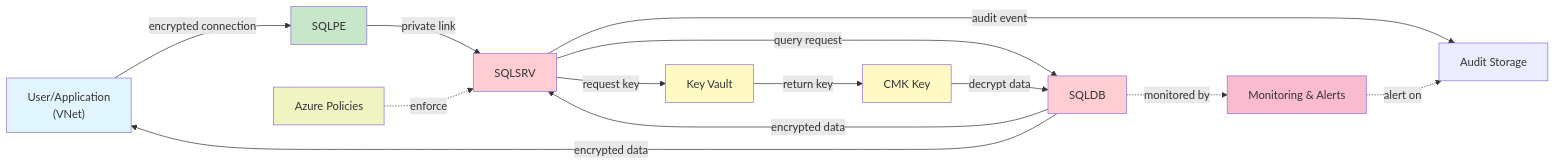
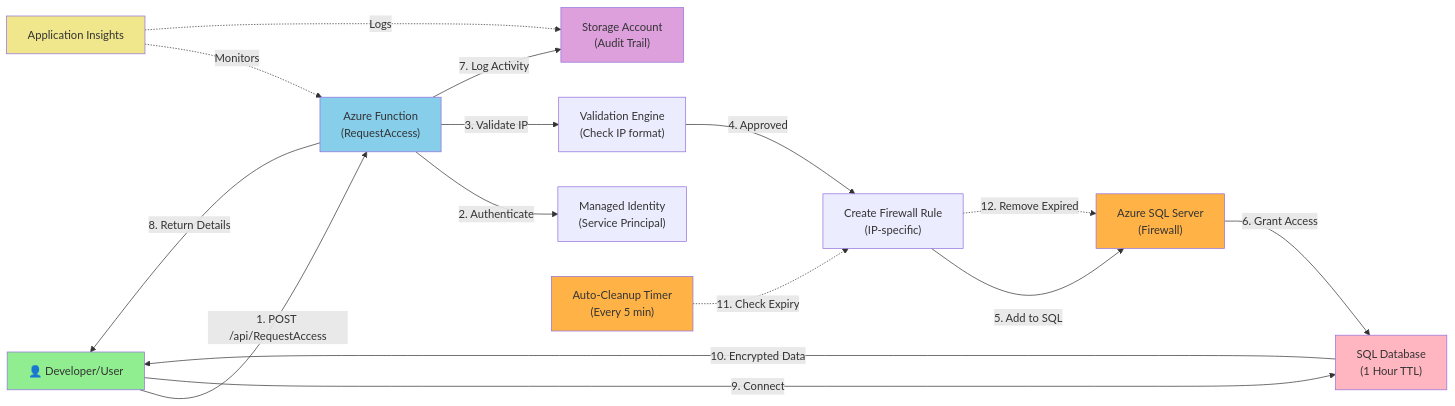
Before and after one commit to gabrielm407/Azure_JIT_Access_System: the second of 3 diagrams in docs/ARCHITECTURE_DIAGRAM.md, drawn with Mermaid. The commit also changed other lines of this file and 6 other files, not shown here.

````diff
--- a/docs/ARCHITECTURE_DIAGRAM.md
+++ b/docs/ARCHITECTURE_DIAGRAM.md
@@ -125,35 +107,33 @@
 ```mermaid
 graph LR
-    USER["User/Application<br/>(VNet)"]
+    USER["👤 Developer/User"]
     
-    USER -->|encrypted connection| SQLPE
-    SQLPE -->|private link| SQLSRV
-    SQLSRV -->|query request| SQLDB
+    USER -->|1. POST /api/RequestAccess| API["Azure Function<br/>(RequestAccess)"]
     
-    SQLDB -->|encrypted data| SQLSRV
-    SQLSRV -->|audit event| AUDIT_LOG["Audit Storage"]
+    API -->|2. Authenticate| MSI["Managed Identity<br/>(Service Principal)"]
+    API -->|3. Validate IP| VAL["Validation Engine<br/>(Check IP format)"]
+    VAL -->|4. Approved| RULE["Create Firewall Rule<br/>(IP-specific)"]
     
-    KEYVAULT["Key Vault"]
-    CMK["CMK Key"]
+    RULE -->|5. Add to SQL| SQLSRV["Azure SQL Server<br/>(Firewall)"]
+    SQLSRV -->|6. Grant Access| SQLDB["SQL Database<br/>(1 Hour TTL)"]
     
-    SQLSRV -->|request key| KEYVAULT
-    KEYVAULT -->|return key| CMK
-    CMK -->|decrypt data| SQLDB
-    SQLDB -->|encrypted data| USER
+    API -->|7. Log Activity| LOGS["Storage Account<br/>(Audit Trail)"]
+    API -->|8. Return Details| USER
     
-    POLICIES["Azure Policies"]
-    MONITOR["Monitoring & Alerts"]
+    USER -->|9. Connect| SQLDB
+    SQLDB -->|10. Encrypted Data| USER
     
-    POLICIES -.->|enforce| SQLSRV
-    SQLDB -.->|monitored by| MONITOR
-    MONITOR -.->|alert on| AUDIT_LOG
+    SCHEDULER["Auto-Cleanup Timer<br/>(Every 5 min)"] -.->|11. Check Expiry| RULE
+    RULE -.->|12. Remove Expired| SQLSRV
     
-    style USER fill:#e1f5ff
-    style SQLPE fill:#c8e6c9
-    style SQLSRV fill:#ffcdd2
-    style SQLDB fill:#ffcdd2
-    style KEYVAULT fill:#fff9c4
-    style CMK fill:#fff9c4
-    style POLICIES fill:#f0f4c3
-    style MONITOR fill:#f8bbd0
+    INSIGHTS["Application Insights"] -.->|Monitors| API
+    INSIGHTS -.->|Logs| LOGS
+    
+    style USER fill:#90EE90
+    style API fill:#87CEEB
+    style SQLSRV fill:#FFB347
+    style SQLDB fill:#FFB6C1
+    style LOGS fill:#DDA0DD
+    style INSIGHTS fill:#F0E68C
+    style SCHEDULER fill:#FFB347
 ```
````
